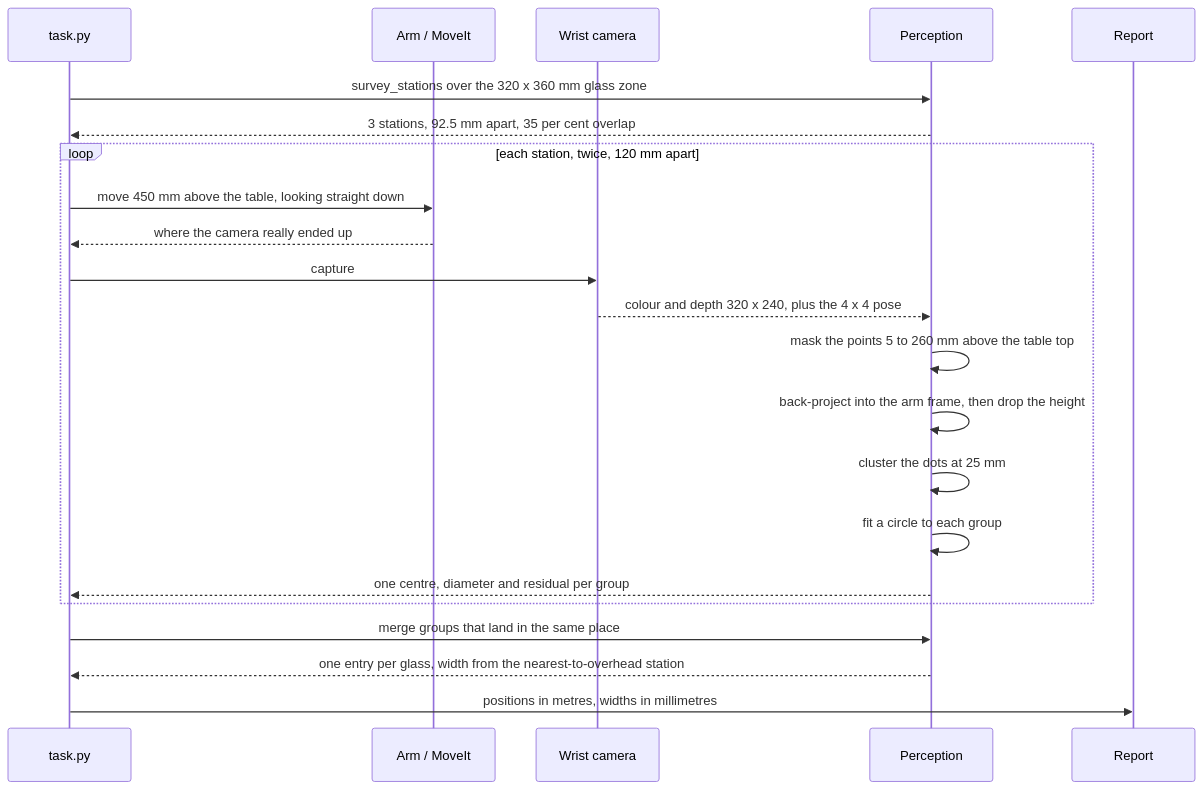
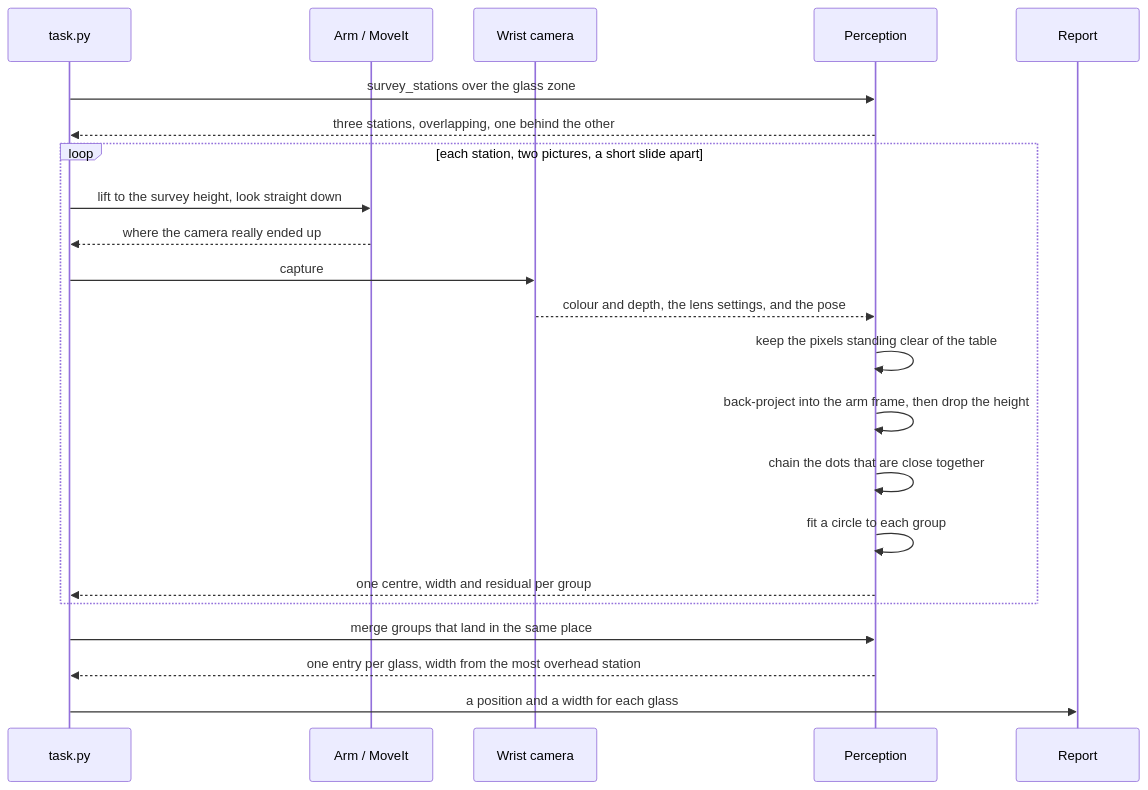
One commit to RobinNagpal/robot-arm-projects changed the first of 3 diagrams in v5-pick-glasses/docs/problem-2/solutions/02-cluster-on-the-table.md. Above: the diagram before and after it, drawn with Mermaid. The commit also changed other lines of this file and 8 other files, not shown here.

````diff
--- a/v5-pick-glasses/docs/problem-2/solutions/02-cluster-on-the-table.md
+++ b/v5-pick-glasses/docs/problem-2/solutions/02-cluster-on-the-table.md
@@ -388,24 +461,24 @@
 ```mermaid
 sequenceDiagram
     participant T as task.py
     participant A as Arm / MoveIt
     participant C as Wrist camera
     participant P as Perception
     participant R as Report
-    T->>P: survey_stations over the 320 x 360 mm glass zone
-    P-->>T: 3 stations, 92.5 mm apart, 35 per cent overlap
-    loop each station, twice, 120 mm apart
-        T->>A: move 450 mm above the table, looking straight down
+    T->>P: survey_stations over the glass zone
+    P-->>T: three stations, overlapping, one behind the other
+    loop each station, two pictures, a short slide apart
+        T->>A: lift to the survey height, look straight down
         A-->>T: where the camera really ended up
         T->>C: capture
-        C-->>P: colour and depth 320 x 240, plus the 4 x 4 pose
-        P->>P: mask the points 5 to 260 mm above the table top
+        C-->>P: colour and depth, the lens settings, and the pose
+        P->>P: keep the pixels standing clear of the table
         P->>P: back-project into the arm frame, then drop the height
-        P->>P: cluster the dots at 25 mm
+        P->>P: chain the dots that are close together
         P->>P: fit a circle to each group
-        P-->>T: one centre, diameter and residual per group
+        P-->>T: one centre, width and residual per group
     end
     T->>P: merge groups that land in the same place
-    P-->>T: one entry per glass, width from the nearest-to-overhead station
-    T->>R: positions in metres, widths in millimetres
+    P-->>T: one entry per glass, width from the most overhead station
+    T->>R: a position and a width for each glass
 ```
````
